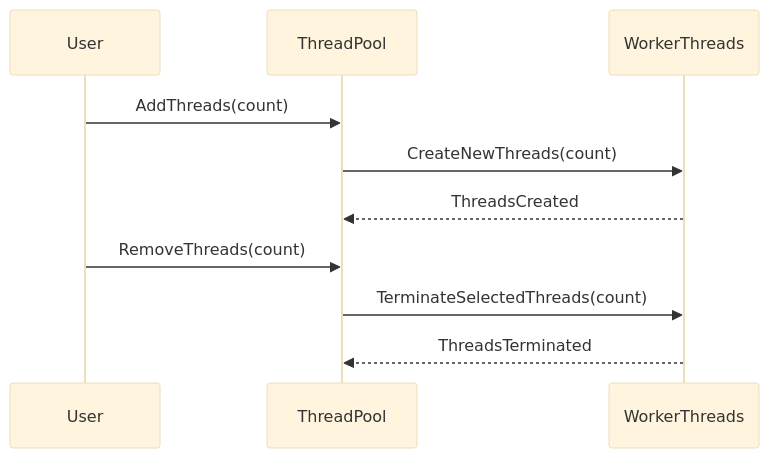
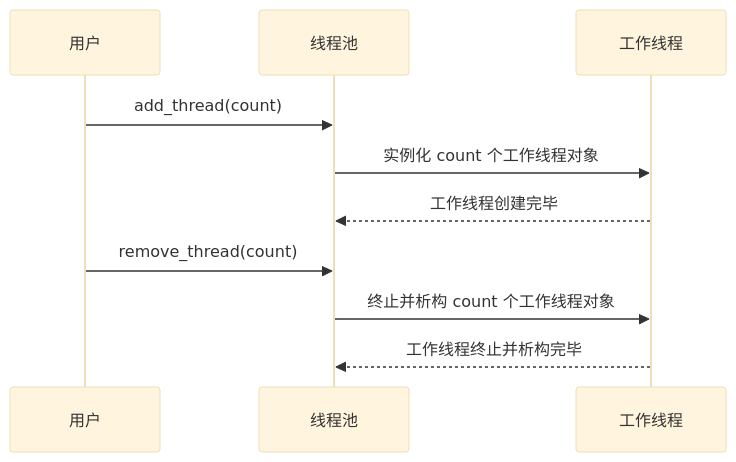
The fourth of 4 diagrams in docs/blogs/blog.md (Razirp/ThreadPool), drawn with Mermaid (base theme) before and after one commit. The commit also changed other lines of this file and 2 other files, not shown here.

````diff
--- a/docs/blogs/blog.md
+++ b/docs/blogs/blog.md
@@ -225,14 +240,14 @@
 ```mermaid
 sequenceDiagram
-    participant User
-    participant ThreadPool
-    participant WorkerThreads
+    participant 用户
+    participant 线程池
+    participant 工作线程
 
-    User->>ThreadPool: AddThreads(count)
-    ThreadPool->>WorkerThreads: CreateNewThreads(count)
-    WorkerThreads-->>ThreadPool: ThreadsCreated
+    用户->>线程池: add_thread(count)
+    线程池->>工作线程: 实例化 count 个工作线程对象
+    工作线程-->>线程池: 工作线程创建完毕
 
-    User->>ThreadPool: RemoveThreads(count)
-    ThreadPool->>WorkerThreads: TerminateSelectedThreads(count)
-    WorkerThreads-->>ThreadPool: ThreadsTerminated
+    用户->>线程池: remove_thread(count)
+    线程池->>工作线程: 终止并析构 count 个工作线程对象
+    工作线程-->>线程池: 工作线程终止并析构完毕
 ```
````
